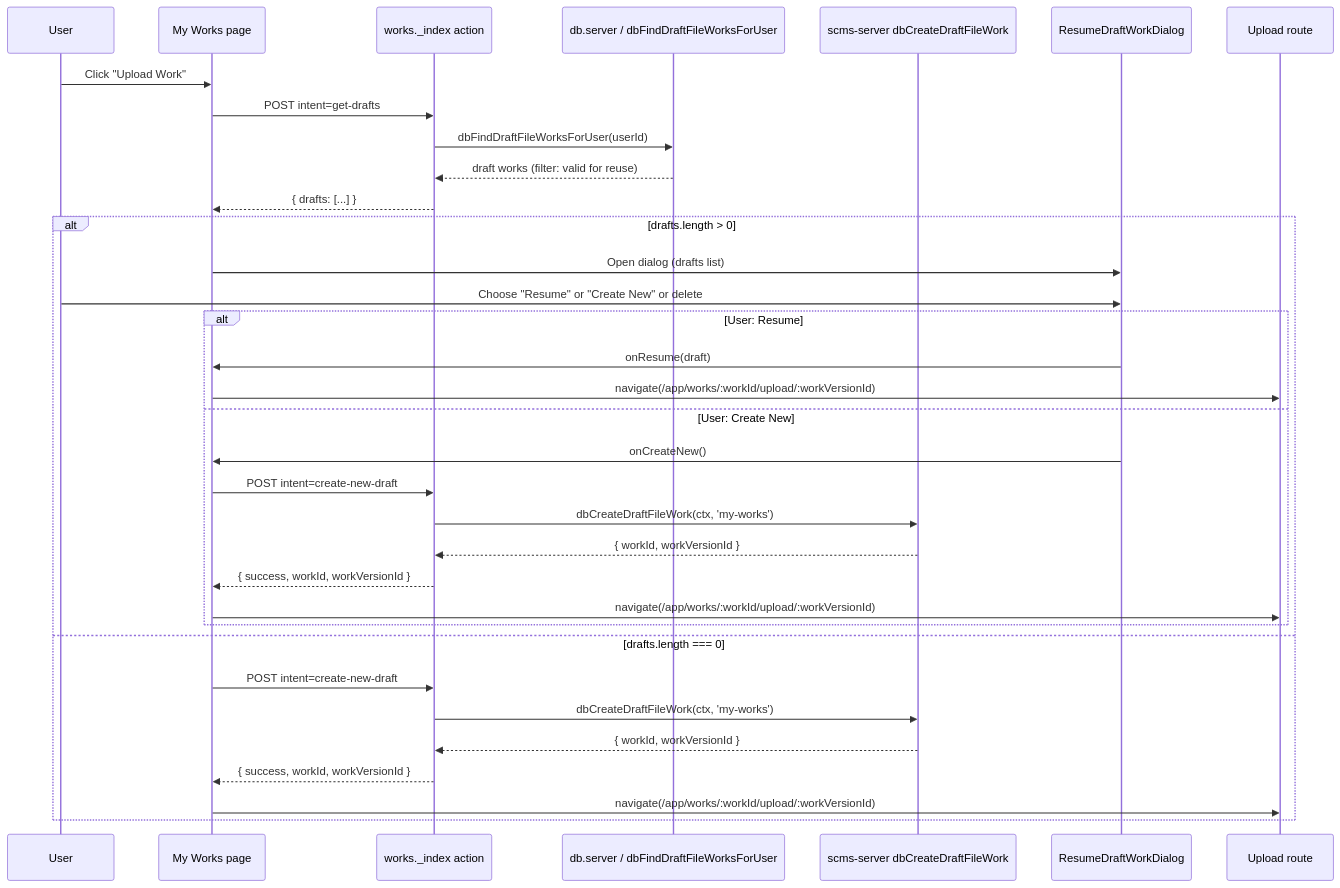
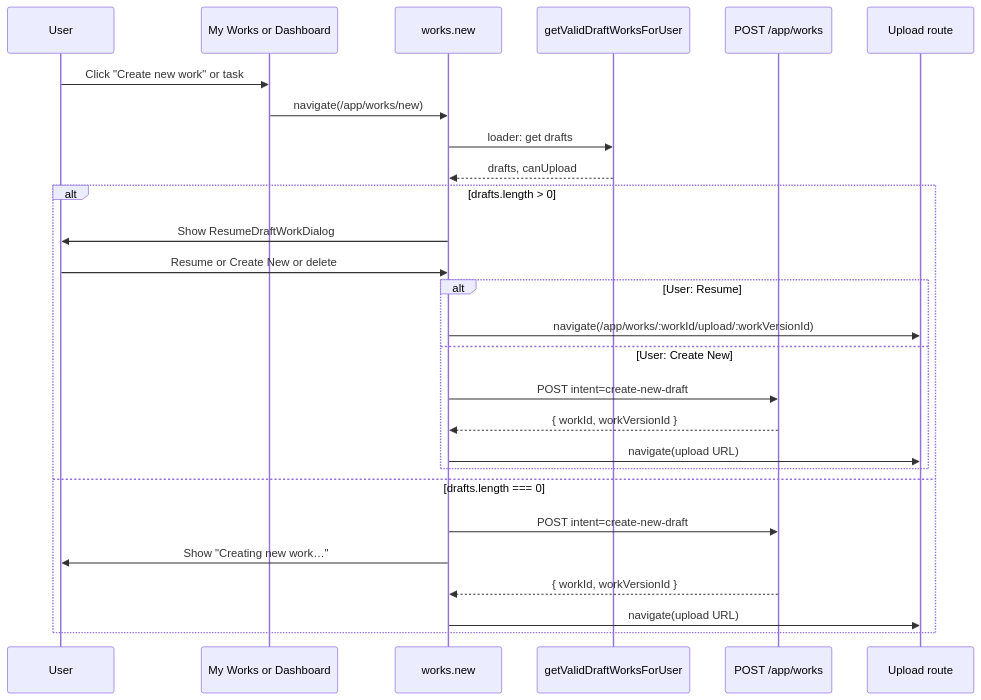
Before and after one commit to curvenote/curvenote: the first of 2 diagrams in platform/scms/docs/upload-work-and-new-version-flows.md, drawn with Mermaid. The commit also changed other lines of this file and 8 other files, not shown here.

Commit message:
✨ reworked new work creation flow

````diff
--- a/platform/scms/docs/upload-work-and-new-version-flows.md
+++ b/platform/scms/docs/upload-work-and-new-version-flows.md
@@ -38,38 +38,31 @@
 ```mermaid
 sequenceDiagram
   participant User
-  participant MyWorks as My Works page
-  participant Action as works._index action
-  participant DB as db.server / dbFindDraftFileWorksForUser
-  participant Server as scms-server dbCreateDraftFileWork
-  participant Dialog as ResumeDraftWorkDialog
+  participant Entry as My Works or Dashboard
+  participant NewRoute as works.new
+  participant Loader as getValidDraftWorksForUser
+  participant Action as POST /app/works
   participant Upload as Upload route
 
-  User->>MyWorks: Click "Upload Work"
-  MyWorks->>Action: POST intent=get-drafts
-  Action->>DB: dbFindDraftFileWorksForUser(userId)
-  DB-->>Action: draft works (filter: valid for reuse)
-  Action-->>MyWorks: { drafts: [...] }
+  User->>Entry: Click "Create new work" or task
+  Entry->>NewRoute: navigate(/app/works/new)
+  NewRoute->>Loader: loader: get drafts
+  Loader-->>NewRoute: drafts, canUpload
 
   alt drafts.length > 0
-    MyWorks->>Dialog: Open dialog (drafts list)
-    User->>Dialog: Choose "Resume" or "Create New" or delete
+    NewRoute->>User: Show ResumeDraftWorkDialog
+    User->>NewRoute: Resume or Create New or delete
     alt User: Resume
-      Dialog->>MyWorks: onResume(draft)
-      MyWorks->>Upload: navigate(/app/works/:workId/upload/:workVersionId)
+      NewRoute->>Upload: navigate(/app/works/:workId/upload/:workVersionId)
     else User: Create New
-      Dialog->>MyWorks: onCreateNew()
-      MyWorks->>Action: POST intent=create-new-draft
-      Action->>Server: dbCreateDraftFileWork(ctx, 'my-works')
-      Server-->>Action: { workId, workVersionId }
-      Action-->>MyWorks: { success, workId, workVersionId }
-      MyWorks->>Upload: navigate(/app/works/:workId/upload/:workVersionId)
+      NewRoute->>Action: POST intent=create-new-draft
+      Action-->>NewRoute: { workId, workVersionId }
+      NewRoute->>Upload: navigate(upload URL)
     end
   else drafts.length === 0
-    MyWorks->>Action: POST intent=create-new-draft
-    Action->>Server: dbCreateDraftFileWork(ctx, 'my-works')
-    Server-->>Action: { workId, workVersionId }
-    Action-->>MyWorks: { success, workId, workVersionId }
-    MyWorks->>Upload: navigate(/app/works/:workId/upload/:workVersionId)
+    NewRoute->>Action: POST intent=create-new-draft
+    NewRoute->>User: Show "Creating new work…"
+    Action-->>NewRoute: { workId, workVersionId }
+    NewRoute->>Upload: navigate(upload URL)
   end
 ```
````
